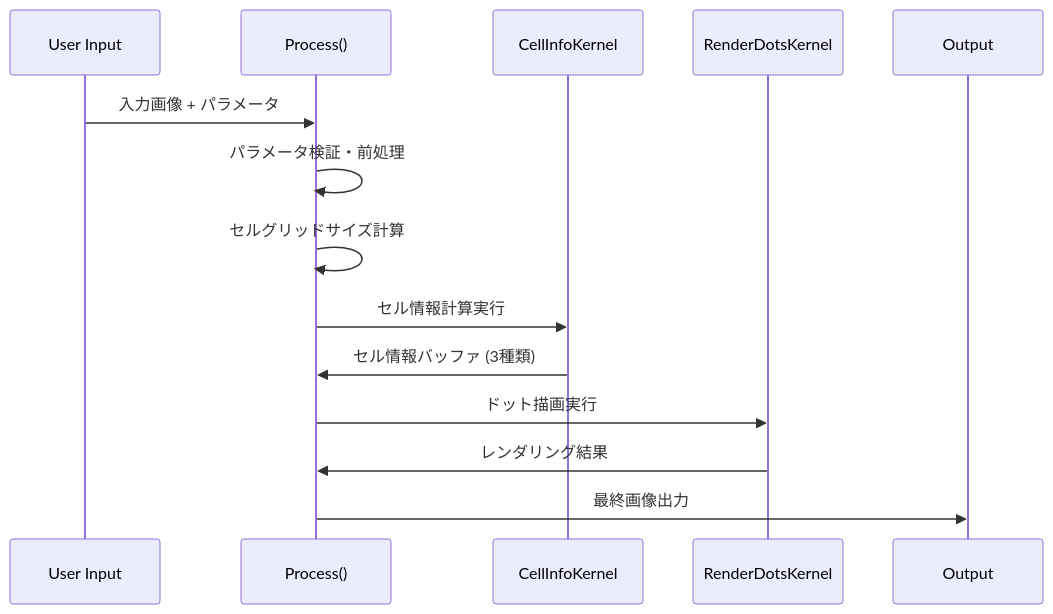
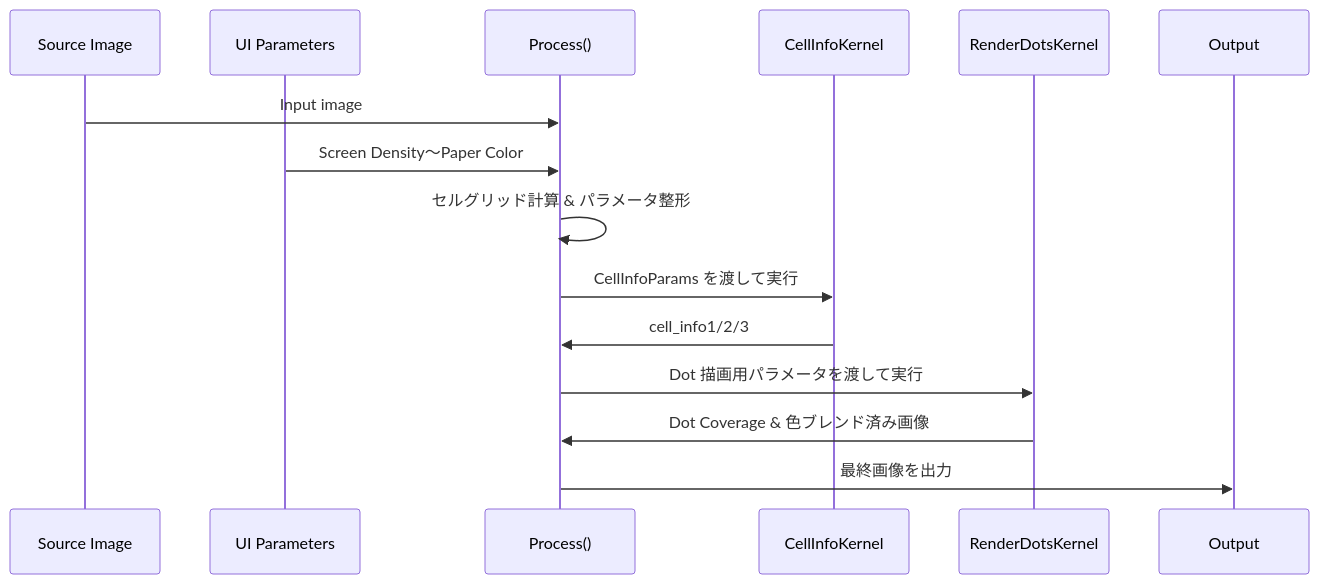
One commit to mug-lab-3/DaVinciResolveEffects changed the second of 12 diagrams in fuses/MugSimpleHalftone.md. Above: the diagram before and after it, drawn with Mermaid. The commit also changed other lines of this file, not shown here.

````diff
--- a/fuses/MugSimpleHalftone.md
+++ b/fuses/MugSimpleHalftone.md
@@ -35,17 +37,18 @@
 ```mermaid
 sequenceDiagram
-    participant U as User Input
-    participant P as Process()
-    participant CK as CellInfoKernel
-    participant RK as RenderDotsKernel
-    participant O as Output
+     participant Img as Source Image
+     participant Cfg as UI Parameters
+     participant Proc as Process()
+     participant CK as CellInfoKernel
+     participant RK as RenderDotsKernel
+     participant Out as Output
 
-    U->>P: 入力画像 + パラメータ
-    P->>P: パラメータ検証・前処理
-    P->>P: セルグリッドサイズ計算
-    P->>CK: セル情報計算実行
-    CK->>P: セル情報バッファ (3種類)
-    P->>RK: ドット描画実行
-    RK->>P: レンダリング結果
-    P->>O: 最終画像出力
+     Img->>Proc: Input image
+     Cfg->>Proc: Screen Density〜Paper Color
+     Proc->>Proc: セルグリッド計算 & パラメータ整形
+     Proc->>CK: CellInfoParams を渡して実行
+     CK->>Proc: cell_info1/2/3
+     Proc->>RK: Dot 描画用パラメータを渡して実行
+     RK->>Proc: Dot Coverage & 色ブレンド済み画像
+     Proc->>Out: 最終画像を出力
 ```
````
